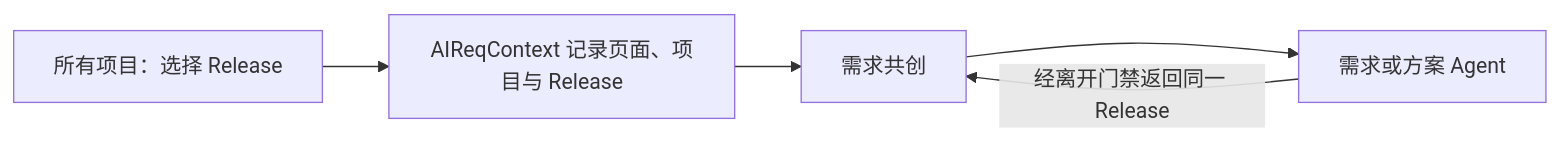
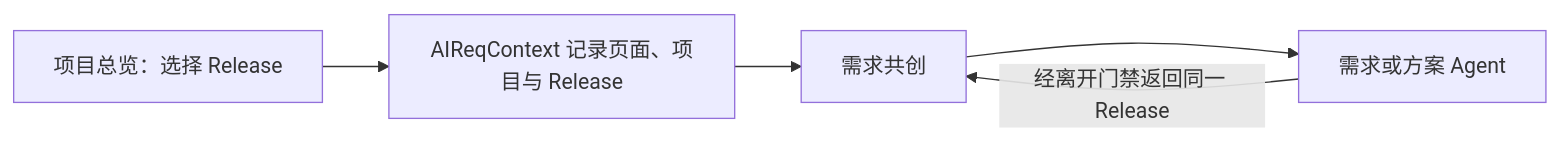
Before and after one commit to jchanghong023/ZCode: the diagram in docs/specs/aireq/section-navigation.md, drawn with Mermaid. The commit also changed other lines of this file and 26 other files, not shown here.

````diff
--- a/docs/specs/aireq/section-navigation.md
+++ b/docs/specs/aireq/section-navigation.md
@@ -25,7 +21,7 @@
 ```mermaid
 flowchart LR
-  A[所有项目：选择 Release] --> B[AIReqContext 记录页面、项目与 Release]
+  A[项目总览：选择 Release] --> B[AIReqContext 记录页面、项目与 Release]
   B --> C[需求共创]
   C --> D[需求或方案 Agent]
   D -->|经离开门禁返回同一 Release| C
 ```
````
